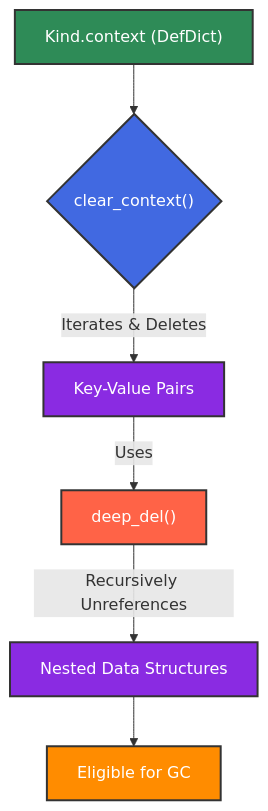
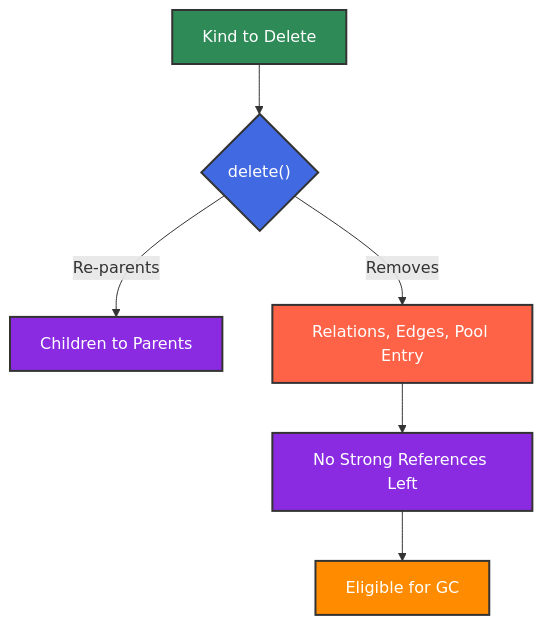
The first of 2 diagrams in docs/topics/10_memory_awareness/index.md (ikko/kind), drawn with Mermaid before and after one commit. The commit also changed other lines of this file and 62 other files, not shown here.

````diff
--- a/docs/topics/10_memory_awareness/index.md
+++ b/docs/topics/10_memory_awareness/index.md
@@ -47,15 +57,15 @@
 ```mermaid
 graph TD
-    A[Kind.context &#40DefDict&#41] --> B{clear_context&#40&#41};
-    B -- "Iterates & Deletes" --> C[Key-Value Pairs];
-    C -- "Uses" --> D[deep_del&#40&#41];
-    D -- "Recursively Unreferences" --> E[Nested Data Structures];
+    A[Kind to Delete] --> B{delete&#40&#41};
+    B -- "Re-parents" --> C[Children to Parents];
+    B -- "Removes" --> D[Relations, Edges, Pool Entry];
+    D --> E[No Strong References Left];
     E --> F[Eligible for GC];
 
     style A fill:#2E8B57,stroke:#333,stroke-width:2px,color:#FFFFFF;
     style B fill:#4169E1,stroke:#333,stroke-width:2px,color:#FFFFFF;
     style C fill:#8A2BE2,stroke:#333,stroke-width:2px,color:#FFFFFF;
     style D fill:#FF6347,stroke:#333,stroke-width:2px,color:#FFFFFF;
     style E fill:#8A2BE2,stroke:#333,stroke-width:2px,color:#FFFFFF;
     style F fill:#FF8C00,stroke:#333,stroke-width:2px,color:#FFFFFF;
 ```
````
